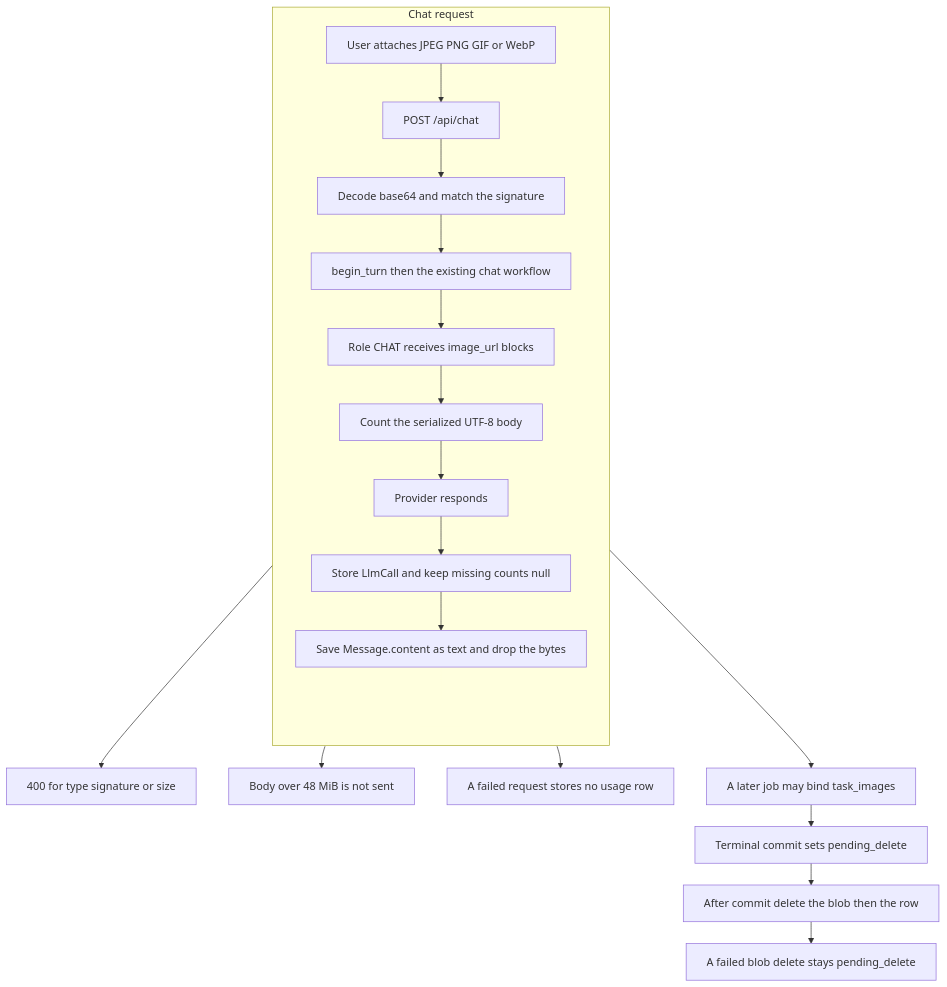
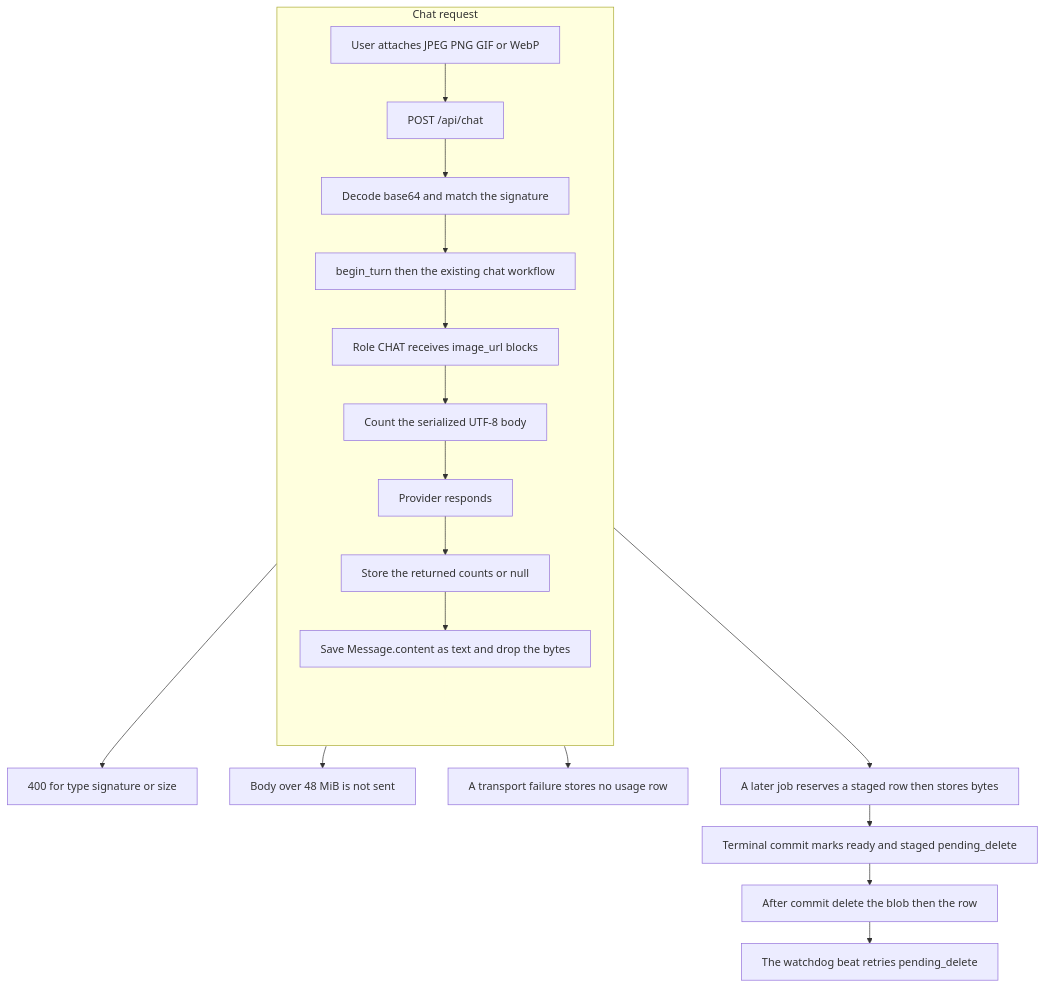
One commit to y4483784-png/omni-butler changed the diagram in docs/envisioned-product/review/ev-picture-flowchart.mmd. Above: the diagram before and after it, drawn with Mermaid. The commit also changed 20 other files, not shown here.

First line of the commit message:
fix(chat): keep usage and task images when the answer is not usable

```diff
--- a/docs/envisioned-product/review/ev-picture-flowchart.mmd
+++ b/docs/envisioned-product/review/ev-picture-flowchart.mmd
@@ -1,41 +1,41 @@
 %%{init: {"flowchart": {"wrappingWidth": 900, "htmlLabels": false, "nodeSpacing": 48, "rankSpacing": 32}}}%%
 flowchart TB
   subgraph mainPath [Chat request]
     direction TB
     attach[User attaches JPEG PNG GIF or WebP]
     post[POST /api/chat]
     decode[Decode base64 and match the signature]
     turn[begin_turn then the existing chat workflow]
     chatRole[Role CHAT receives image_url blocks]
     measure[Count the serialized UTF-8 body]
     answered[Provider responds]
-    usageRow[Store LlmCall and keep missing counts null]
+    usageRow[Store the returned counts or null]
     text[Save Message.content as text and drop the bytes]
     pad[" "]
     attach --> post
     post --> decode
     decode --> turn
     turn --> chatRole
     chatRole --> measure
     measure --> answered
     answered --> usageRow
     usageRow --> text
     text --> pad
   end
   badImage[400 for type signature or size]
   tooBig[Body over 48 MiB is not sent]
-  failed[A failed request stores no usage row]
-  seam[A later job may bind task_images]
-  pending[Terminal commit sets pending_delete]
+  failed[A transport failure stores no usage row]
+  seam[A later job reserves a staged row then stores bytes]
+  pending[Terminal commit marks ready and staged pending_delete]
   purge[After commit delete the blob then the row]
-  retry[A failed blob delete stays pending_delete]
+  retry[The watchdog beat retries pending_delete]
   decode --> badImage
   measure --> tooBig
   answered --> failed
   text --> seam
   seam --> pending
   pending --> purge
   purge --> retry
   classDef hide fill:#ffffde,stroke:#ffffde,color:#ffffde
   class pad hide
   linkStyle 8 stroke:#ffffde,fill:#ffffde
```
